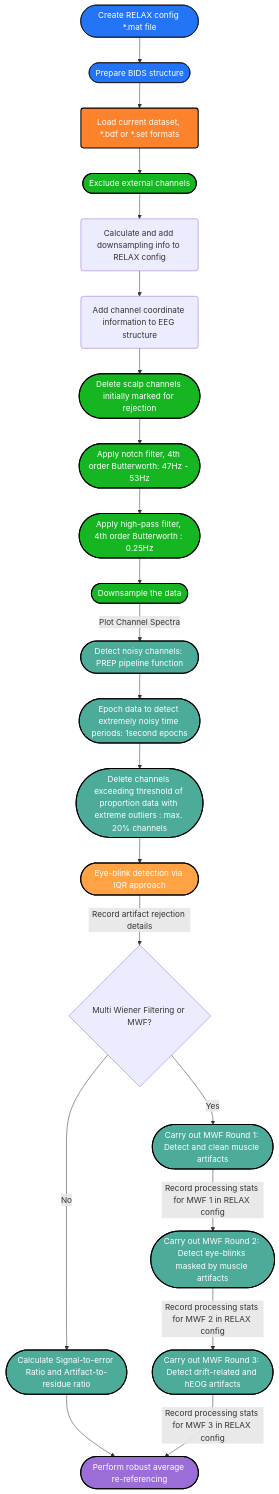
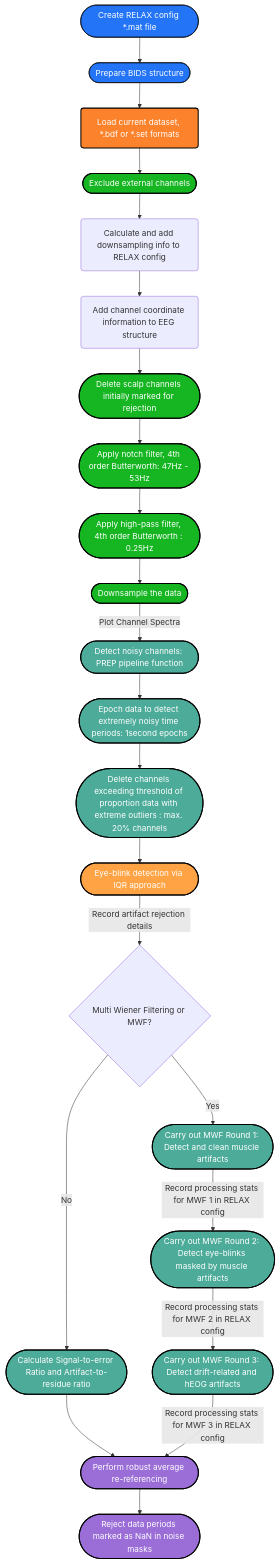
The diagram in Pipeline_Datafow_Chart.md (deebeebolger/Project_CeLaVie), drawn with Mermaid before and after one commit.

````diff
--- a/Pipeline_Datafow_Chart.md
+++ b/Pipeline_Datafow_Chart.md
@@ -3,50 +3,52 @@
 ```mermaid
 flowchart TD
 %% Colors %%
 
 classDef blue fill:#2374f7, stroke:#000, stroke-width: px, color:#fff
 classDef orange fill:#fc822b,stroke:#000,stroke-width:2px,color:#fff
 classDef green fill:#16b522,stroke:#000,stroke-width:2px,color:#fff
 classDef mintgreen fill:#4DAB9A,stroke:#000,stroke-width:2px,color:#fff
 classDef mandarine fill:#FFA344,stroke:#000,stroke-width:2px,color:#fff
 classDef aubergine fill:#9A6DD7,stroke:#000,stroke-width:2px,color:#fff
 classDef red fill:#D44C47,stroke:#000,stroke-width:2px,color:#fff
 classDef grey fill:#979A9B,stroke:#000,stroke-width:2px,color:#fff
 
 
 Config([Create RELAX config *.mat file]):::blue -->
 BIDS([Prepare BIDS structure]):::blue
 click Config "https://github.com/deebeebolger/Project_CeLaVie/blob/main/DataflowChart_pages/Create_RELAX_conf_file.md" "Link"
 click BIDS "https://github.com/deebeebolger/Project_CeLaVie/blob/main/DataflowChart_pages/BIDS_structure.md" "Link"
 BIDS --> Ld(Load current dataset, *.bdf or *.set formats):::orange
 --> EXRej([Exclude external channels]):::green
 click EXRej "https://github.com/deebeebolger/Project_CeLaVie/blob/main/DataflowChart_pages/Exclude_external_chans.md" _blank
 EXRej --> AddRS(Calculate and add downsampling info to RELAX config)
 click AddRS "https://github.com/deebeebolger/Project_CeLaVie/blob/main/DataflowChart_pages/Downsampling.md" "Link"
 AddRS --> AddChan(Add channel coordinate information to EEG structure)
 click AddChan "https://github.com/deebeebolger/Project_CeLaVie/blob/main/DataflowChart_pages/Add_Channels_coordinates.md" "Link"
 AddChan --> ScalpRej([Delete scalp channels initially marked for rejection]):::green
 ScalpRej --> Notch([Apply notch filter, 4th order Butterworth: 47Hz - 53Hz]):::green
 Notch --> HPfilt([Apply high-pass filter, 4th order Butterworth : 0.25Hz]):::green
 HPfilt --> RSamp([Downsample the data]):::green
 click Notch "https://github.com/deebeebolger/Project_CeLaVie/blob/main/DataflowChart_pages/Filtering.md" "Link"
 click HPfilt "https://github.com/deebeebolger/Project_CeLaVie/blob/main/DataflowChart_pages/Filtering.md" "Link"
 RSamp -->|Plot Channel Spectra|Prep([Detect noisy channels: PREP pipeline function]):::mintgreen
 Prep --> EpClean([Epoch data to detect extremely noisy time periods: 1second epochs]):::mintgreen
 click Prep "https://github.com/deebeebolger/Project_CeLaVie/blob/main/DataflowChart_pages/BadChannelDetect_PREP.md" "Link"
 click EpClean "https://github.com/deebeebolger/Project_CeLaVie/blob/main/DataflowChart_pages/Bad_ChannelTime_Detect_MAD.md" "Link"
 EpClean --> DelChans([Delete channels exceeding threshold of proportion data with extreme outliers : max. 20% channels]):::mintgreen
 click DelChans "https://github.com/deebeebolger/Project_CeLaVie/blob/main/DataflowChart_pages/Bad_ChannelTime_Detect_MAD.md" "Link"
 DelChans --> Blink([Eye-blink detection via IQR approach]):::mandarine
 Blink -->|Record artifact rejection details|SerArrChoice{Multi Wiener Filtering or MWF?}
 click Blink "https://github.com/deebeebolger/Project_CeLaVie/blob/main/DataflowChart_pages/EyeBlink_detection.md" "Link"
 SerArrChoice -->|No|DoSerArr([Calculate Signal-to-error Ratio and Artifact-to-residue ratio]):::mintgreen
 SerArrChoice -->|Yes| MWF1([Carry out MWF Round 1: Detect and clean muscle artifacts]):::mintgreen
 MWF1 -->|Record processing stats for MWF 1 in RELAX config| MWF2([Carry out MWF Round 2: Detect eye-blinks masked by muscle artifacts]):::mintgreen;
 click MWF1 "https://github.com/deebeebolger/Project_CeLaVie/blob/main/DataflowChart_pages/Multichannel_WTF_round1.md" "Link"
 MWF2 --> |Record processing stats for MWF 2 in RELAX config| MWF3([Carry out MWF Round 3: Detect drift-related and hEOG artifacts]):::mintgreen
 click MWF2 "https://github.com/deebeebolger/Project_CeLaVie/blob/main/DataflowChart_pages/Multichannel_MWF_round2.md" "Link"
 DoSerArr --> Reref([Perform robust average re-referencing]):::aubergine
 MWF3 -->|Record processing stats for MWF 3 in RELAX config| Reref:::aubergine
 click MWF3 "https://github.com/deebeebolger/Project_CeLaVie/blob/main/DataflowChart_pages/Multichannel_MWF_round3.md" "Link"
+Reref --> Nanrej([Reject data periods marked as NaN in noise masks]):::aubergine
+
 ```
````
